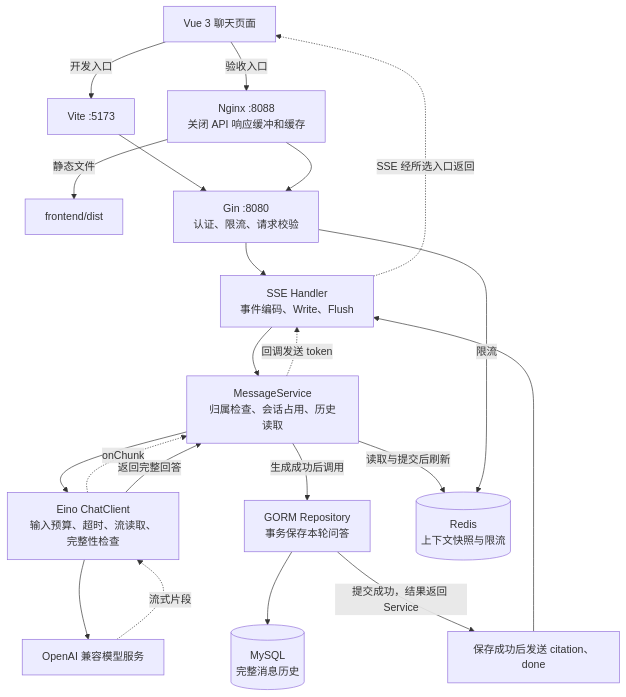
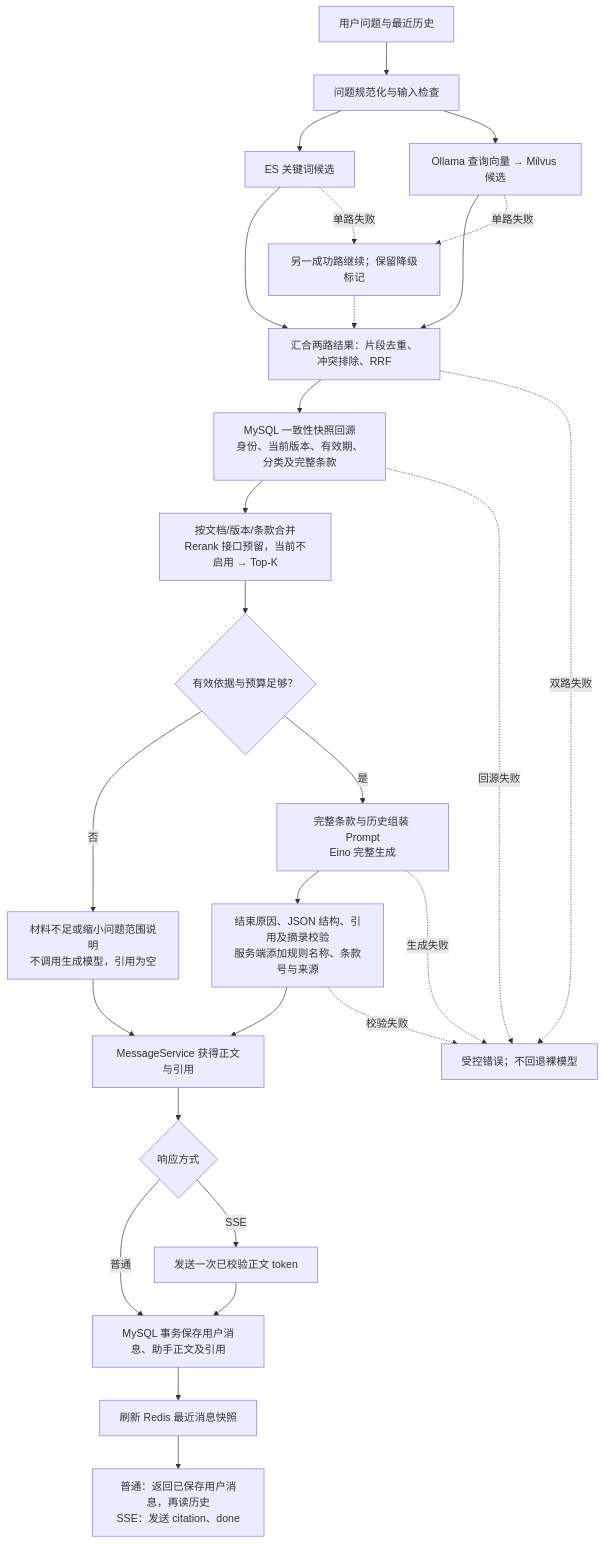
One commit to Kami1naBotan/video-support-agent changed the first of 3 diagrams in README.md. Above: the diagram before and after it, drawn with Mermaid. The commit also changed other lines of this file and 86 other files, not shown here.

````diff
--- a/README.md
+++ b/README.md
@@ -421,40 +495,29 @@
 ```mermaid
 flowchart TD
-    Browser["Vue 3 聊天页面"]
-    Vite["Vite :5173"]
-    Nginx["Nginx :8088<br/>关闭 API 响应缓冲和缓存"]
-    Dist["frontend/dist"]
-    Gin["Gin :8080<br/>认证、限流、请求校验"]
-    Handler["SSE Handler<br/>事件编码、Write、Flush"]
-    Service["MessageService<br/>归属检查、会话占用、历史读取"]
-    Chat["Eino ChatClient<br/>输入预算、超时、流读取、完整性检查"]
-    Model["OpenAI 兼容模型服务"]
-    Repository["GORM Repository<br/>事务保存本轮问答"]
-    MySQL[("MySQL<br/>完整消息历史")]
-    Redis[("Redis<br/>上下文快照与限流")]
-    Done["保存成功后发送 citation、done"]
-
-    Browser -->|"开发入口"| Vite
-    Browser -->|"验收入口"| Nginx
-    Nginx -->|"静态文件"| Dist
-    Vite --> Gin
-    Nginx --> Gin
-    Gin --> Handler
-    Handler --> Service
-    Service --> Chat
-    Chat --> Model
-
-    Model -.->|"流式片段"| Chat
-    Chat -.->|"onChunk"| Service
-    Service -.->|"回调发送 token"| Handler
-    Handler -.->|"SSE 经所选入口返回"| Browser
-
-    Chat -->|"返回完整回答"| Service
-    Service -->|"生成成功后调用"| Repository
-    Repository --> MySQL
-    Service -->|"读取与提交后刷新"| Redis
-    Gin -->|"限流"| Redis
-
-    Repository -->|"提交成功，结果返回 Service"| Done
-    Done --> Handler
+    Q["用户问题与最近历史"] --> P["问题规范化与输入检查"]
+    P --> ES["ES 关键词候选"]
+    P --> V["Ollama 查询向量 → Milvus 候选"]
+    ES --> F["汇合两路结果：片段去重、冲突排除、RRF"]
+    V --> F
+    F --> H["MySQL 一致性快照回源<br/>身份、当前版本、有效期、分类及完整条款"]
+    H --> A["按文档/版本/条款合并<br/>Rerank 接口预留，当前不启用 → Top-K"]
+    A --> C{"有效依据与预算足够？"}
+    C -->|"否"| N["材料不足或缩小问题范围说明<br/>不调用生成模型，引用为空"]
+    C -->|"是"| E["完整条款与历史组装 Prompt<br/>Eino 完整生成"]
+    E --> J["结束原因、JSON 结构、引用及摘录校验<br/>服务端添加规则名称、条款号与来源"]
+    J --> M["MessageService 获得正文与引用"]
+    N --> M
+    M --> S{"响应方式"}
+    S -->|"普通"| DB["MySQL 事务保存用户消息、助手正文及引用"]
+    S -->|"SSE"| T["发送一次已校验正文 token"]
+    T --> DB
+    DB --> R["刷新 Redis 最近消息快照"]
+    R --> O["普通：返回已保存用户消息，再读历史<br/>SSE：发送 citation、done"]
+    ES -.->|"单路失败"| D["另一成功路继续；保留降级标记"]
+    V -.->|"单路失败"| D
+    D -.-> F
+    F -.->|"双路失败"| X["受控错误；不回退裸模型"]
+    H -.->|"回源失败"| X
+    E -.->|"生成失败"| X
+    J -.->|"校验失败"| X
 ```
````
